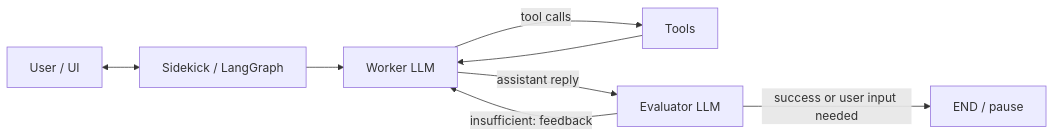
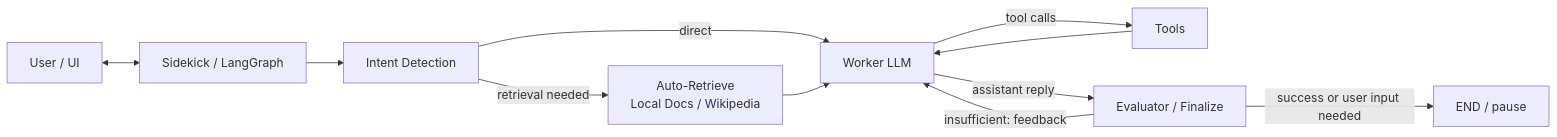
One commit to habeneyasu/operator-agent-sidekick changed the diagram in README.md. Above: the diagram before and after it, drawn with Mermaid. The commit also changed other lines of this file and 16 other files, not shown here.

````diff
--- a/README.md
+++ b/README.md
@@ -165,10 +44,13 @@
 ```mermaid
 flowchart LR
   User[User / UI] <--> Sidekick[Sidekick / LangGraph]
-  Sidekick --> Worker[Worker LLM]
+  Sidekick --> Intent[Intent Detection]
+  Intent -->|retrieval needed| Retrieve[Auto-Retrieve\nLocal Docs / Wikipedia]
+  Intent -->|direct| Worker[Worker LLM]
+  Retrieve --> Worker
   Worker -->|tool calls| Tools[Tools]
   Tools --> Worker
-  Worker -->|assistant reply| Eval[Evaluator LLM]
+  Worker -->|assistant reply| Eval[Evaluator / Finalize]
   Eval -->|insufficient: feedback| Worker
   Eval -->|success or user input needed| End[END / pause]
 ```
````
